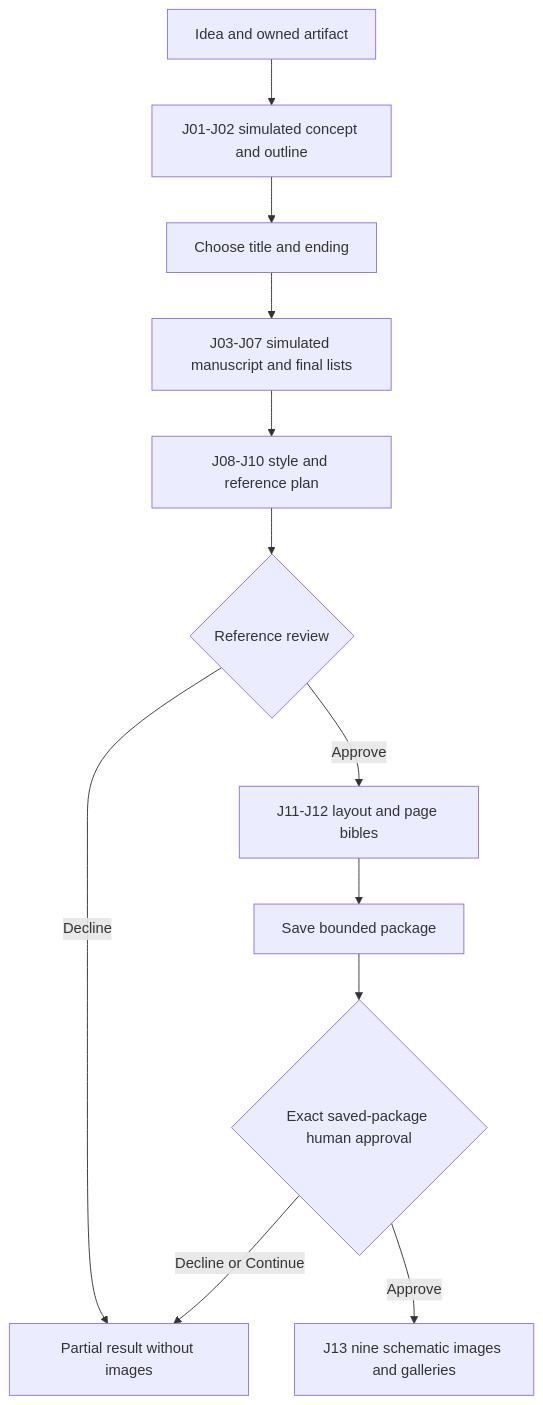
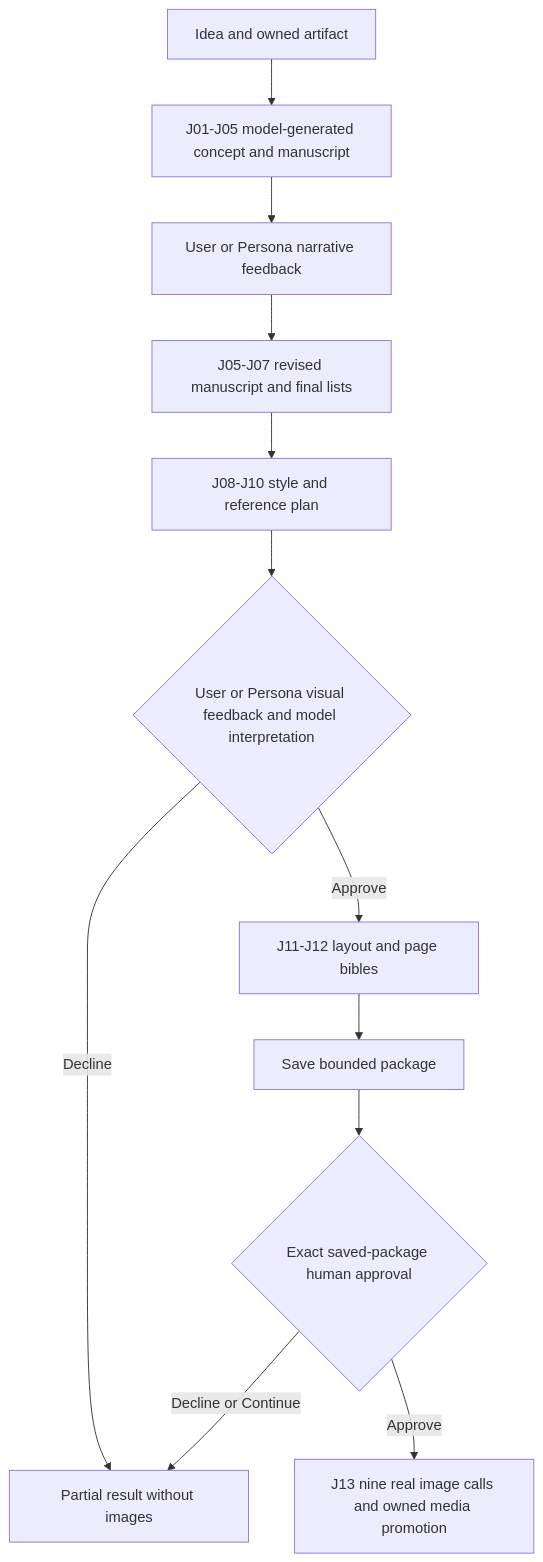
The diagram in docs/runs.md (Uniwares-LTD/unibase), drawn with Mermaid before and after one commit. The commit also changed other lines of this file and 6 other files, not shown here.

````diff
--- a/docs/runs.md
+++ b/docs/runs.md
@@ -375,14 +375,14 @@
 ```mermaid
 flowchart TD
-  A[Idea and owned artifact] --> B[J01-J02 simulated concept and outline]
-  B --> C[Choose title and ending]
-  C --> D[J03-J07 simulated manuscript and final lists]
+  A[Idea and owned artifact] --> B[J01-J05 model-generated concept and manuscript]
+  B --> C[User or Persona narrative feedback]
+  C --> D[J05-J07 revised manuscript and final lists]
   D --> E[J08-J10 style and reference plan]
-  E --> F{Reference review}
+  E --> F{User or Persona visual feedback and model interpretation}
   F -->|Decline| P[Partial result without images]
   F -->|Approve| G[J11-J12 layout and page bibles]
   G --> H[Save bounded package]
   H --> I{Exact saved-package human approval}
-  I -->|Approve| J[J13 nine schematic images and galleries]
+  I -->|Approve| J[J13 nine real image calls and owned media promotion]
   I -->|Decline or Continue| P
 ```
````
